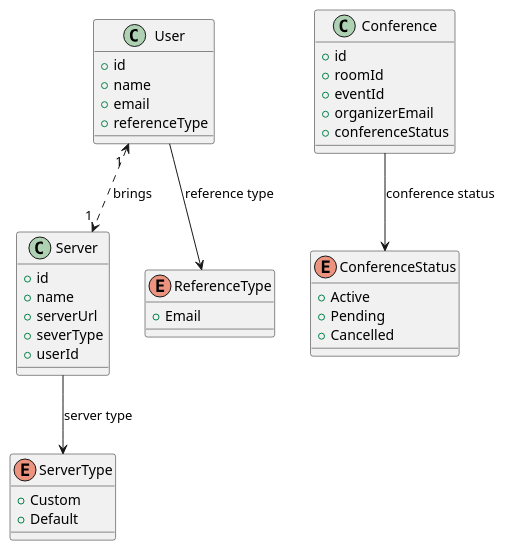
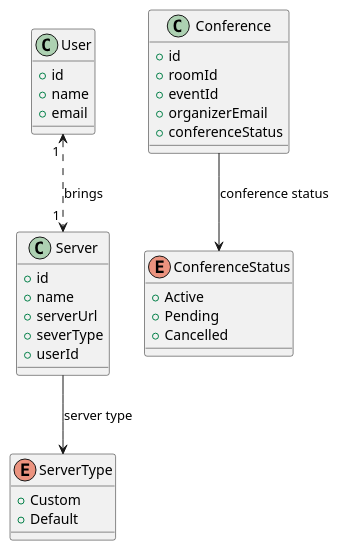
Before and after one commit to teenthofabud/jitsi-videoconference-moderator: the diagram in docs/er_conference_plantUML.puml, drawn with PlantUML. The commit also changed 9 other files, not shown here.

Commit message:
commented referenceType enum, jakarta email validation annotation added

```diff
--- a/docs/er_conference_plantUML.puml
+++ b/docs/er_conference_plantUML.puml
@@ -1,53 +1,45 @@
     @startuml
 
     class User {
       +id
       +name
       +email
-      +referenceType
     }
 
     class Server {
       +id
       +name
       +serverUrl
       +severType
       +userId
     }
 
     class Conference {
       +id
       +roomId
       +eventId
       +organizerEmail
       +conferenceStatus
 
     }
 
-    enum ReferenceType{
-     +Email
-    }
-
     enum ServerType{
      +Custom
      +Default
     }
 
     enum ConferenceStatus{
      +Active
      +Pending
      +Cancelled
     }
 
-
-    User --> ReferenceType : reference type
-
     Server --> ServerType : server type
 
 
 
     User "1 " <..> "1 " Server : brings
 
     Conference --> ConferenceStatus : conference status
 
     @enduml
```
